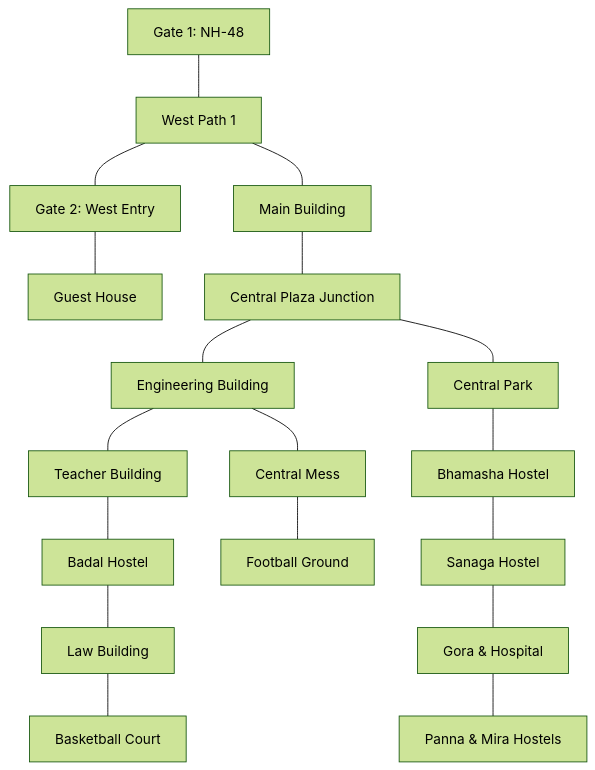
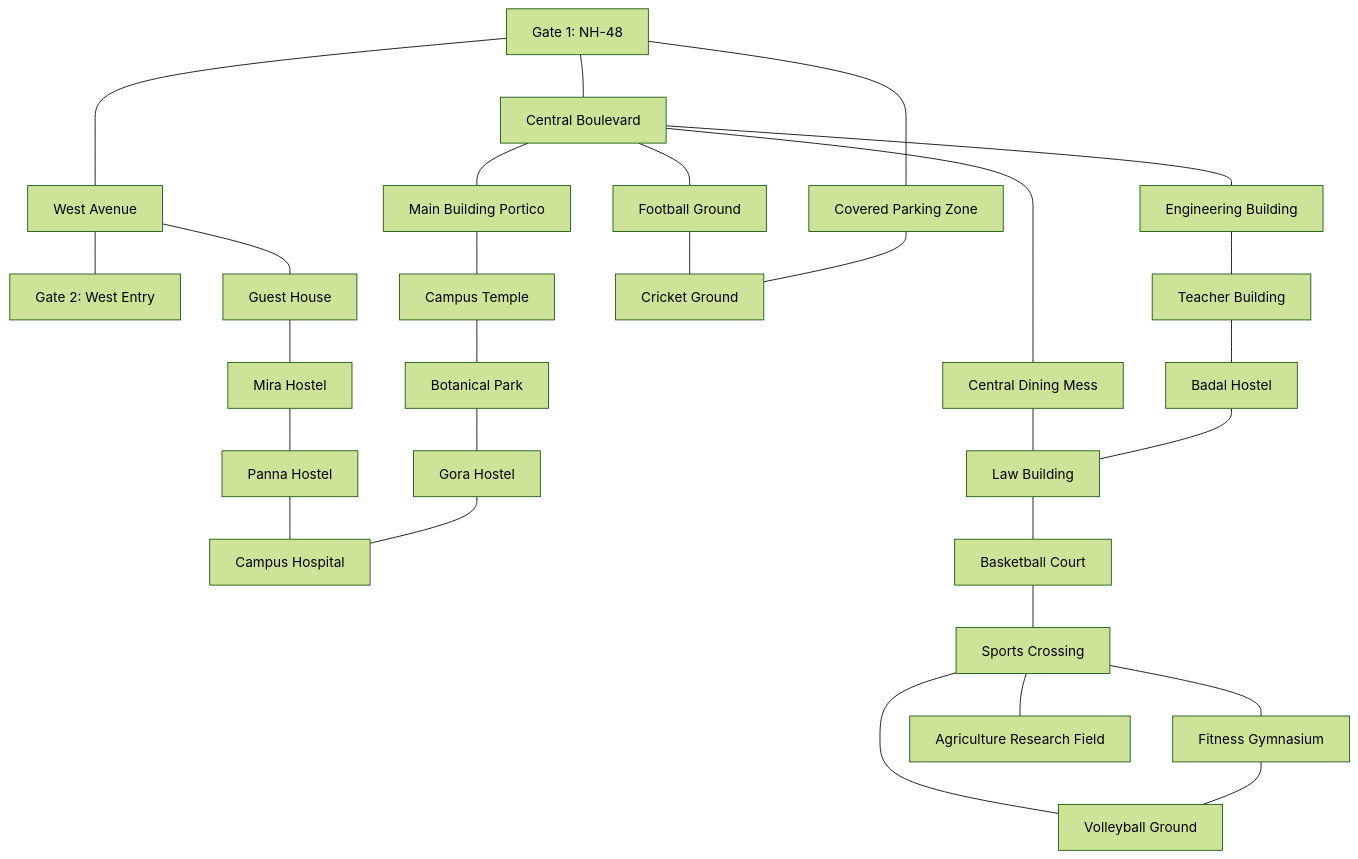
One commit to pixel-library/NextCampus changed the diagram in docs/modules/CAMPUS_MAP.md. Above: the diagram before and after it, drawn with Mermaid (forest theme). The commit also changed other lines of this file and 4 other files, not shown here.

Commit message:
feat(gis): add 6 new campus landmarks, blue road network, and Dijkstra shortest-path navigation

````diff
--- a/docs/modules/CAMPUS_MAP.md
+++ b/docs/modules/CAMPUS_MAP.md
@@ -100,20 +106,31 @@
 ```mermaid
 flowchart TD
-    G1[Gate 1: NH-48] --- WP1[West Path 1]
-    WP1 --- G2[Gate 2: West Entry]
-    WP1 --- MB[Main Building]
-    G2 --- GH[Guest House]
-    MB --- CP1[Central Plaza Junction]
-    CP1 --- ENG[Engineering Building]
-    CP1 --- PARK[Central Park]
+    G1[Gate 1: NH-48] --- PRK[Covered Parking Zone]
+    G1 --- WP[West Avenue]
+    WP --- G2[Gate 2: West Entry]
+    WP --- GH[Guest House]
+    GH --- MIRA[Mira Hostel]
+    MIRA --- PANNA[Panna Hostel]
+    PANNA --- HOSP[Campus Hospital]
+    G1 --- MAIN_W[Central Boulevard]
+    MAIN_W --- MAIN[Main Building Portico]
+    MAIN --- TMP[Campus Temple]
+    TMP --- PARK[Botanical Park]
+    PARK --- GORA[Gora Hostel]
+    GORA --- HOSP
+    MAIN_W --- FTB[Football Ground]
+    FTB --- CRK[Cricket Ground]
+    PRK --- CRK
+    MAIN_W --- MESS[Central Dining Mess]
+    MESS --- LAW[Law Building]
+    MAIN_W --- ENG[Engineering Building]
     ENG --- TB[Teacher Building]
     TB --- BADAL[Badal Hostel]
-    BADAL --- LAW[Law Building]
+    BADAL --- LAW
     LAW --- BBALL[Basketball Court]
-    ENG --- MESS[Central Mess]
-    MESS --- FTBALL[Football Ground]
-    PARK --- BHAMASHA[Bhamasha Hostel]
-    BHAMASHA --- SANAGA[Sanaga Hostel]
-    SANAGA --- GORA[Gora & Hospital]
-    GORA --- PANNA[Panna & Mira Hostels]
+    BBALL --- CROSS[Sports Crossing]
+    CROSS --- GYM[Fitness Gymnasium]
+    CROSS --- VBAL[Volleyball Ground]
+    GYM --- VBAL
+    CROSS --- AGR[Agriculture Research Field]
 ```
````
